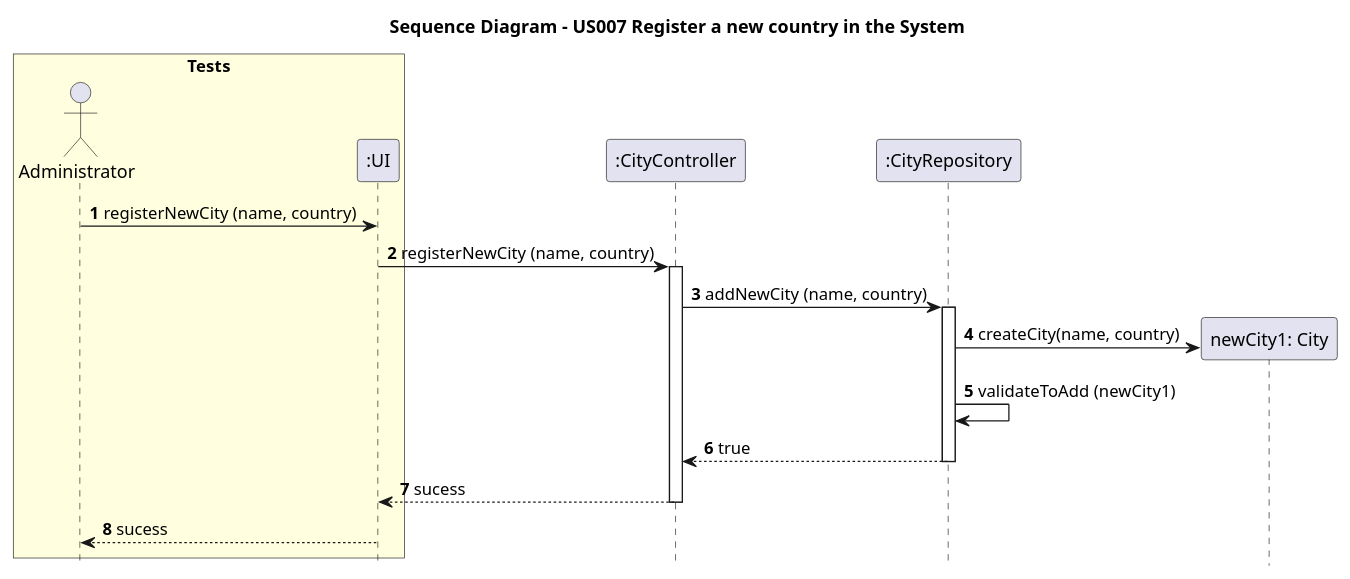
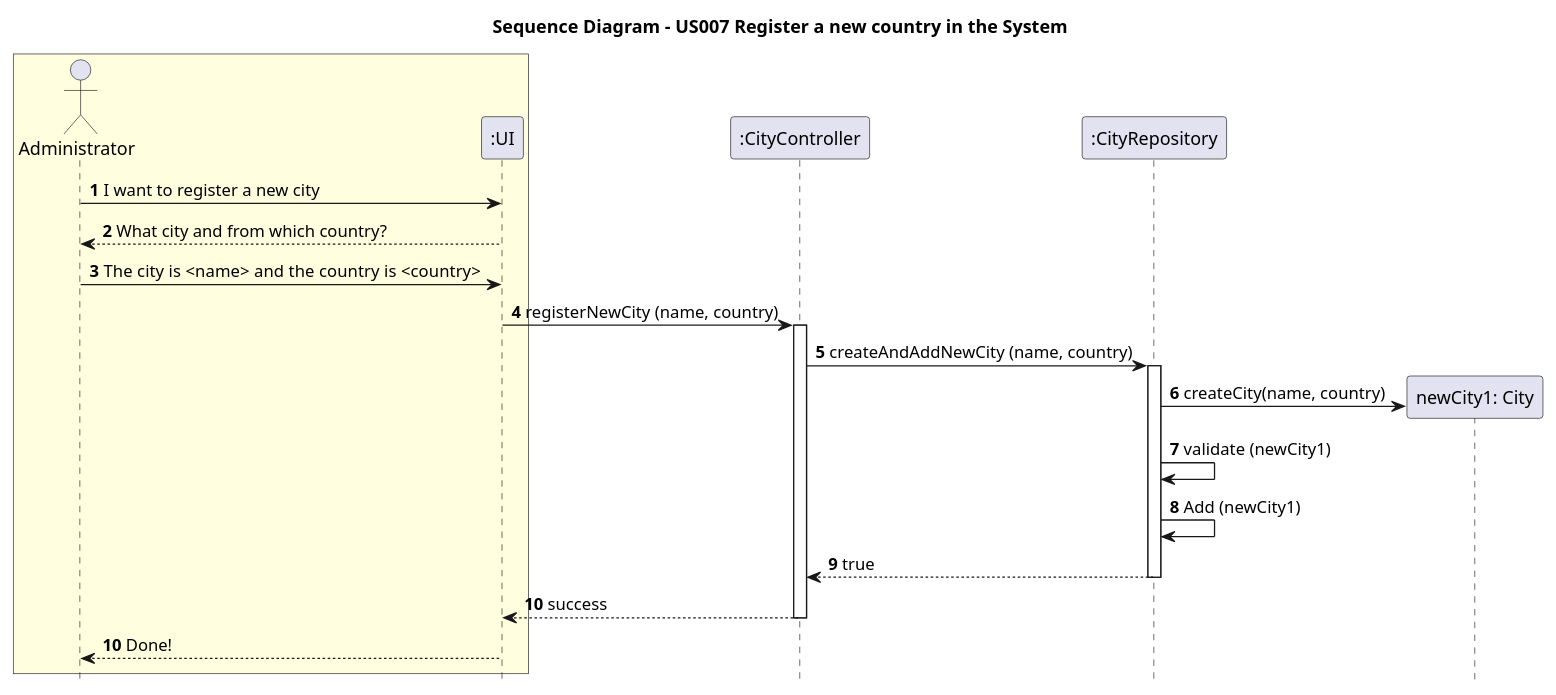
The diagram in Diagrams/SequenceDiagrams/N2/US008-to-register-new-city-in-the-system.puml (AndrePereiraGitH/SWitCH-Project-Team_A), drawn with PlantUML before and after one commit. The commit also changed 5 other files, not shown here.

```diff
--- a/Diagrams/SequenceDiagrams/N2/US008-to-register-new-city-in-the-system.puml
+++ b/Diagrams/SequenceDiagrams/N2/US008-to-register-new-city-in-the-system.puml
@@ -1,35 +1,39 @@
 @startuml
 
 footbox off
 
 title Sequence Diagram - US007 Register a new country in the System
 
-box "Tests" #LightYellow
+box #LightYellow
 actor Administrator
 participant ":UI" as UI
 end box
 
 participant ":CityController" as CityController
 participant ":CityRepository" as AddressRepository
 
-Administrator -> UI : **1** registerNewCity (name, country)
+Administrator -> UI : **1** I want to register a new city
+UI --> Administrator : **2** What city and from which country?
+Administrator -> UI : **3** The city is <name> and the country is  <country>
 
-UI -> CityController : **2** registerNewCity (name, country)
+UI -> CityController : **4** registerNewCity (name, country)
 activate CityController
 
-CityController -> AddressRepository : **3** addNewCity (name, country)
+CityController -> AddressRepository : **5** createAndAddNewCity (name, country)
 activate AddressRepository
 
 create "newCity1: City" as City
-AddressRepository -> City : **4** createCity(name, country)
+AddressRepository -> City : **6** createCity(name, country)
 
-AddressRepository -> AddressRepository : **5** validateToAdd (newCity1)
-AddressRepository --> CityController : **6** true
+AddressRepository -> AddressRepository : **7** validate (newCity1)
+AddressRepository -> AddressRepository : **8** Add (newCity1)
+
+AddressRepository --> CityController : **9** true
 deactivate AddressRepository
 
-CityController --> UI : **7** sucess
+CityController --> UI : **10** success
 deactivate CityController
 
-UI --> Administrator : **8** sucess
+UI --> Administrator : **10** Done!
 
 @enduml
```
